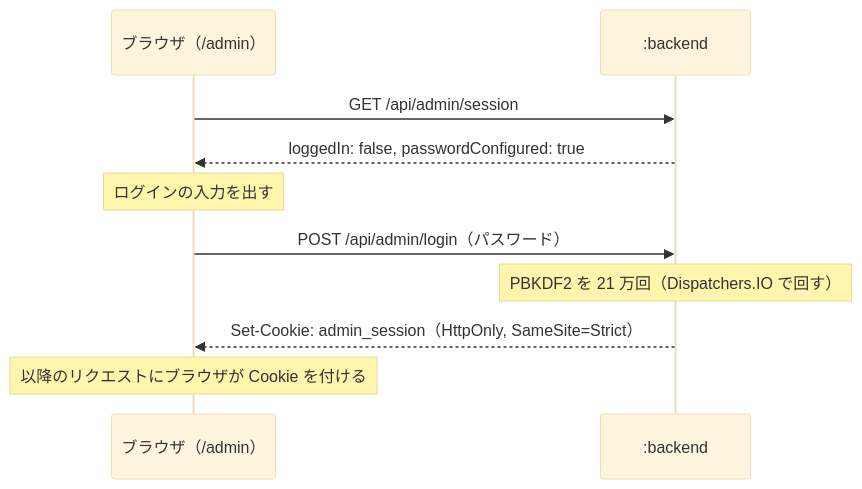
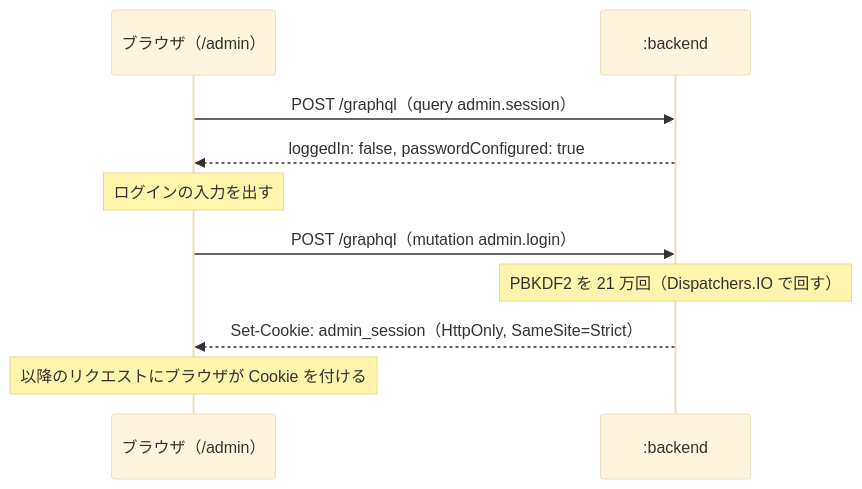
The first of 2 diagrams in docs/architecture.md (matsudamper/mastodon-rss), drawn with Mermaid (base theme) before and after one commit. The commit also changed other lines of this file and 30 other files, not shown here.

First line of the commit message:
管理画面のログインを GraphQL に載せ替える

````diff
--- a/docs/architecture.md
+++ b/docs/architecture.md
@@ -113,13 +148,13 @@
 ```mermaid
 sequenceDiagram
     participant B as ブラウザ（/admin）
     participant S as :backend
 
-    B->>S: GET /api/admin/session
+    B->>S: POST /graphql（query admin.session）
     S-->>B: loggedIn: false, passwordConfigured: true
     Note over B: ログインの入力を出す
-    B->>S: POST /api/admin/login（パスワード）
+    B->>S: POST /graphql（mutation admin.login）
     Note over S: PBKDF2 を 21 万回（Dispatchers.IO で回す）
     S-->>B: Set-Cookie: admin_session（HttpOnly, SameSite=Strict）
     Note over B: 以降のリクエストにブラウザが Cookie を付ける
 ```
````
